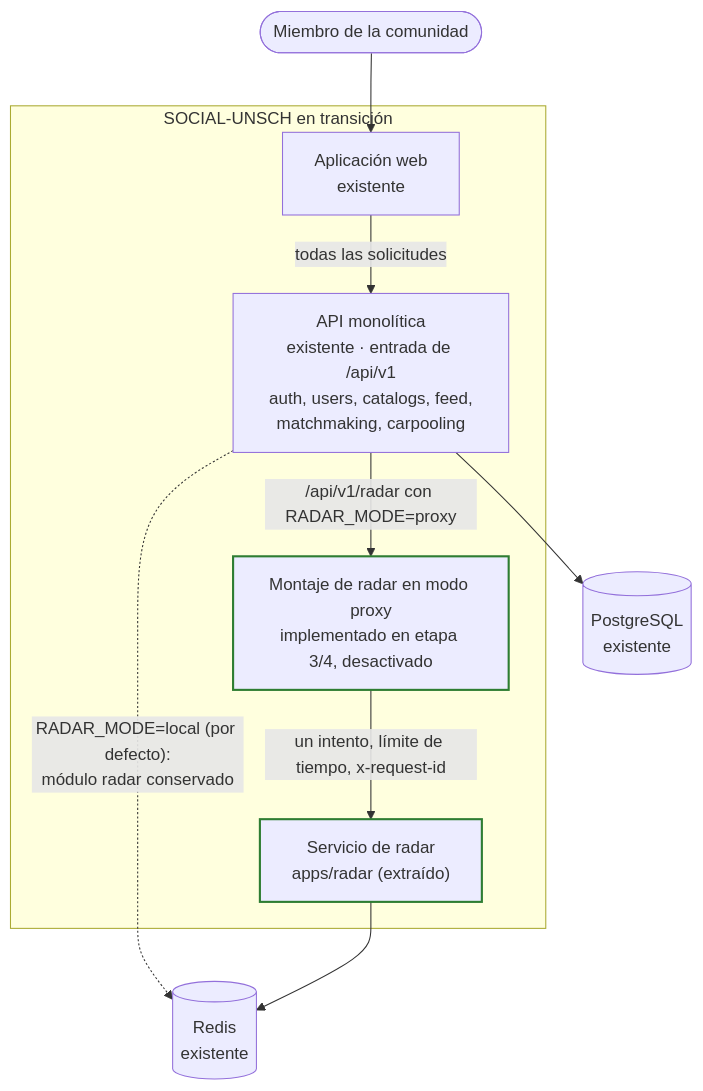
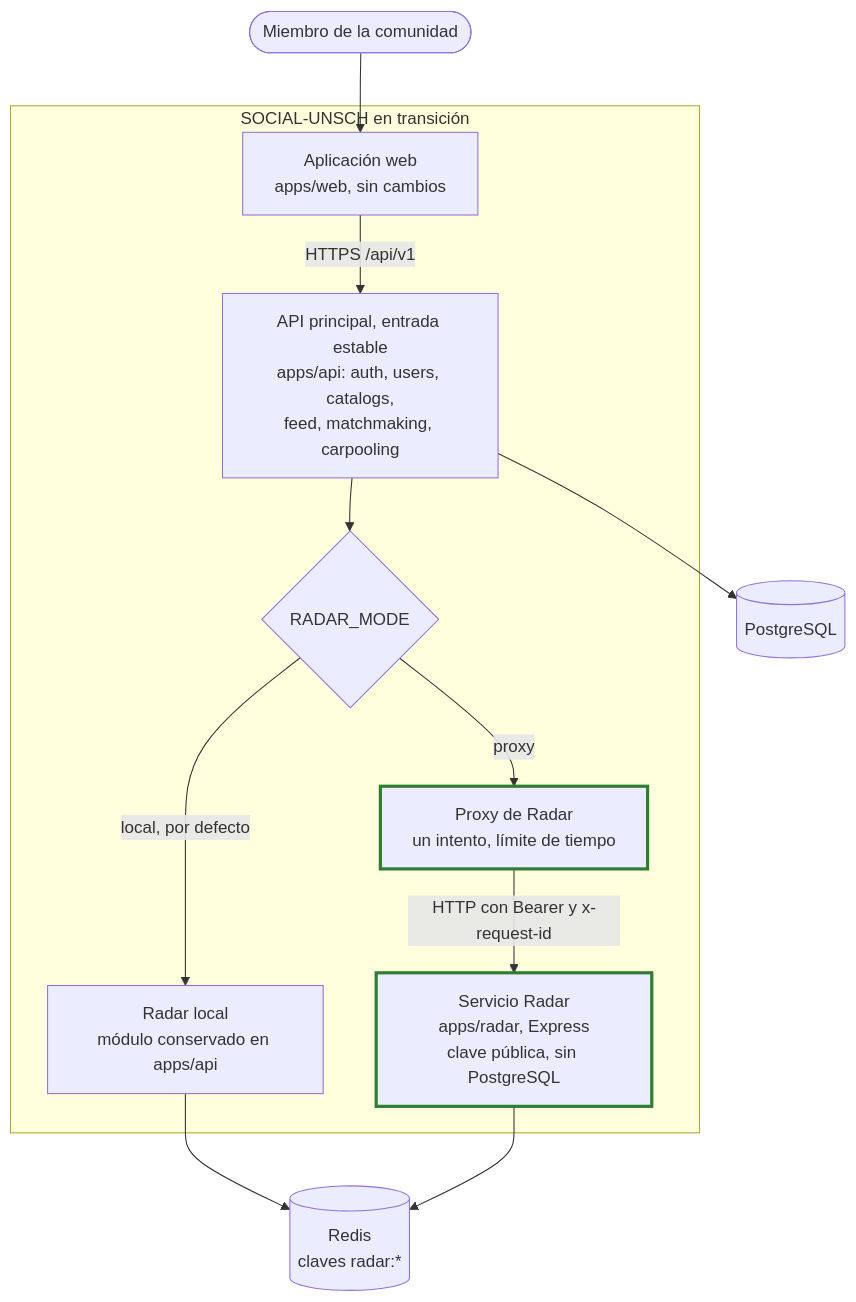
The diagram in docs/04-modelo-c4/05-contenedores-de-transicion.md (pillacarodriguezuriel-a11y/social_unsch), drawn with Mermaid before and after one commit. The commit also changed other lines of this file and 44 other files, not shown here.

````diff
--- a/docs/04-modelo-c4/05-contenedores-de-transicion.md
+++ b/docs/04-modelo-c4/05-contenedores-de-transicion.md
@@ -9,25 +9,29 @@
 ```mermaid
 flowchart TB
     USR(["Miembro de la comunidad"])
 
     subgraph SISTEMA["SOCIAL-UNSCH en transición"]
-        WEB["Aplicación web<br/>existente"]
-        MONO["API monolítica<br/>existente · entrada de /api/v1<br/>auth, users, catalogs, feed,<br/>matchmaking, carpooling"]
-        PX["Montaje de radar en modo proxy<br/>implementado en etapa 3/4, desactivado"]
-        RSV["Servicio de radar<br/>apps/radar (extraído)"]
+        WEB["Aplicación web<br/>apps/web, sin cambios"]
+        API["API principal, entrada estable<br/>apps/api: auth, users, catalogs,<br/>feed, matchmaking, carpooling"]
+        SEL{"RADAR_MODE"}
+        LOCAL["Radar local<br/>módulo conservado en apps/api"]
+        PX["Proxy de Radar<br/>un intento, límite de tiempo"]
+        RSV["Servicio Radar<br/>apps/radar, Express<br/>clave pública, sin PostgreSQL"]
     end
 
-    PG[("PostgreSQL<br/>existente")]
-    RD[("Redis<br/>existente")]
+    PG[("PostgreSQL")]
+    RD[("Redis<br/>claves radar:*")]
 
     USR --> WEB
-    WEB -- "todas las solicitudes" --> MONO
-    MONO -- "/api/v1/radar con RADAR_MODE=proxy" --> PX
-    PX -- "un intento, límite de tiempo, x-request-id" --> RSV
-    MONO -. "RADAR_MODE=local (por defecto):<br/>módulo radar conservado" .-> RD
-    MONO --> PG
+    WEB -- "HTTPS /api/v1" --> API
+    API --> SEL
+    SEL -- "local, por defecto" --> LOCAL
+    SEL -- "proxy" --> PX
+    PX -- "HTTP con Bearer y x-request-id" --> RSV
+    LOCAL --> RD
     RSV --> RD
+    API --> PG
 
-    classDef implementado stroke:#2e7d32,stroke-width:2px
-    class RSV,PX implementado
+    classDef codigo stroke:#2e7d32,stroke-width:3px
+    class PX,RSV codigo
 ```
````
